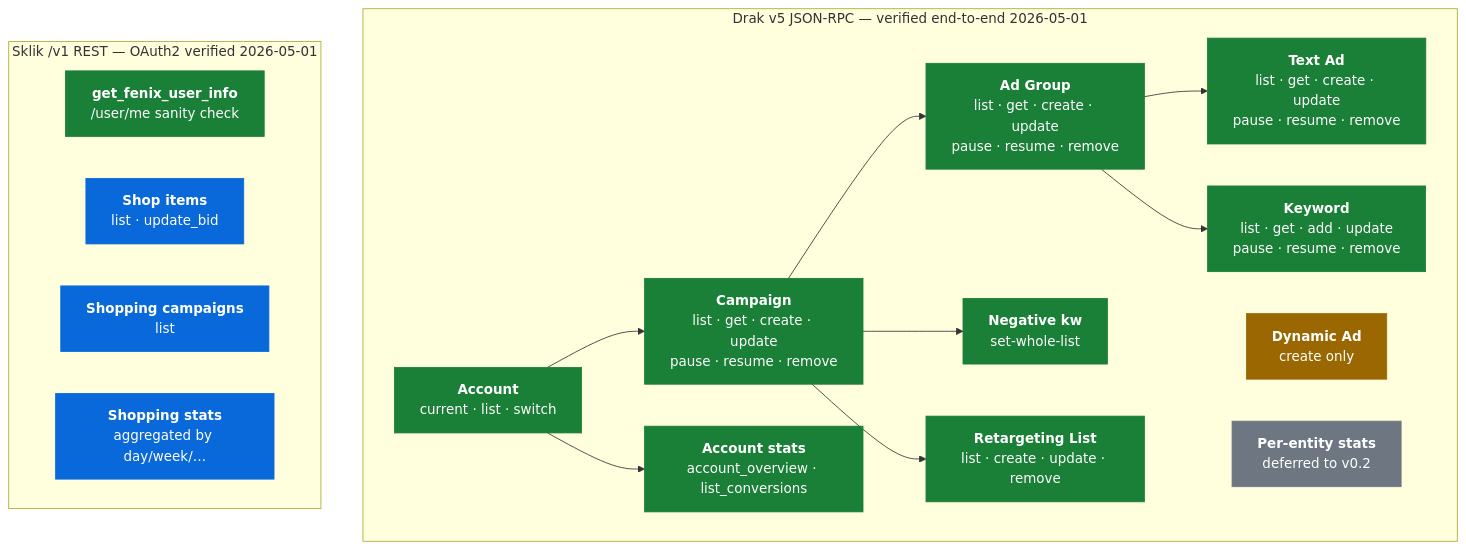
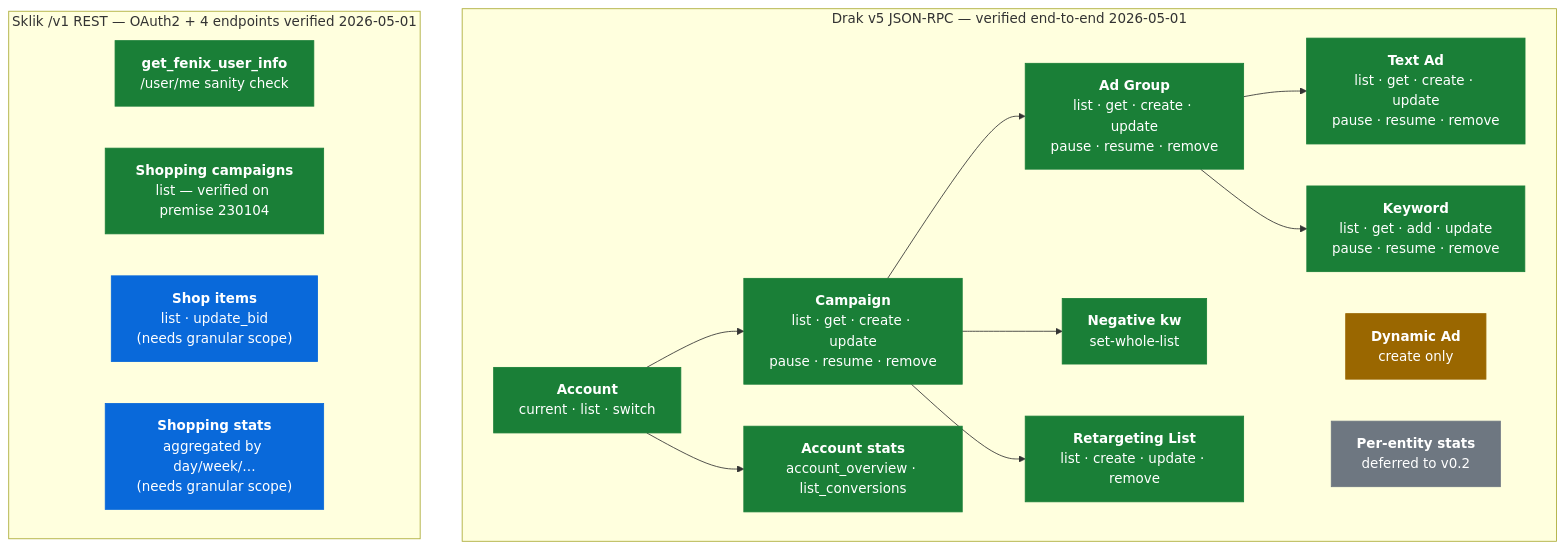
Before and after one commit to larsdittinger/seznam-ads-mcp: the diagram in README.md, drawn with Mermaid. The commit also changed other lines of this file and 1 other file, not shown here.

Commit message:
Live-verify Fénix /nakupy/feeds/ and /nakupy/campaigns/ on premise 230104
Smoked the FenixClient against a real provozovna (ethia.cz, premise
230104, owned by dittingerlars@email.cz):

- /user/me ✓ — userId 1046889, scope ["campaign","group"]
- /user/me/credit ✓ — wallet/credit returned
- /sklik/reports/ ✓ — empty (no async reports yet)
- /nakupy/feeds/ ✓ — single feed for ethia.cz, lastImport 2026-05-01
- /nakupy/campaigns/ ✓ — 1 active shopping campaign 7415690

The other /nakupy/* endpoints (shop-items, products, categories,
statistics/aggregated) returned 403 Forbidden. The token's OAuth
`scope` claim was `r rw rwa` and /user/me reported scope=
["campaign","group"], so Sklik clearly gates these resources behind a
granular *resource* scope that has to be granted at refresh-token
generation time. Implementation still matches the published OpenAPI
spec; tools will work once a token with the right scope is supplied.

````diff
--- a/README.md
+++ b/README.md
@@ -137,35 +137,35 @@
 ```mermaid
 graph TB
     subgraph Drak["Drak v5 JSON-RPC — verified end-to-end 2026-05-01"]
         ACC["<b>Account</b><br/>current · list · switch"]:::ok
         CMP["<b>Campaign</b><br/>list · get · create · update<br/>pause · resume · remove"]:::ok
         GRP["<b>Ad Group</b><br/>list · get · create · update<br/>pause · resume · remove"]:::ok
         AD["<b>Text Ad</b><br/>list · get · create · update<br/>pause · resume · remove"]:::ok
         KW["<b>Keyword</b><br/>list · get · add · update<br/>pause · resume · remove"]:::ok
         NK["<b>Negative kw</b><br/>set-whole-list"]:::ok
         RT["<b>Retargeting List</b><br/>list · create · update · remove"]:::ok
         OVW["<b>Account stats</b><br/>account_overview · list_conversions"]:::ok
         DYN["<b>Dynamic Ad</b><br/>create only"]:::warn
         PER["<b>Per-entity stats</b><br/>deferred to v0.2"]:::pending
 
         ACC --> CMP
         CMP --> GRP
         GRP --> AD
         GRP --> KW
         CMP --> NK
         CMP --> RT
         ACC --> OVW
     end
 
-    subgraph Fenix["Sklik /v1 REST — OAuth2 verified 2026-05-01"]
+    subgraph Fenix["Sklik /v1 REST — OAuth2 + 4 endpoints verified 2026-05-01"]
         WHO["<b>get_fenix_user_info</b><br/>/user/me sanity check"]:::ok
-        SHO["<b>Shop items</b><br/>list · update_bid"]:::wired
-        SCA["<b>Shopping campaigns</b><br/>list"]:::wired
-        SST["<b>Shopping stats</b><br/>aggregated by day/week/…"]:::wired
+        SCA["<b>Shopping campaigns</b><br/>list — verified on premise 230104"]:::ok
+        SHO["<b>Shop items</b><br/>list · update_bid<br/>(needs granular scope)"]:::wired
+        SST["<b>Shopping stats</b><br/>aggregated by day/week/…<br/>(needs granular scope)"]:::wired
     end
 
     classDef ok fill:#1a7f37,stroke:#1a7f37,color:#fff
     classDef warn fill:#9a6700,stroke:#9a6700,color:#fff
     classDef pending fill:#6e7781,stroke:#6e7781,color:#fff
     classDef wired fill:#0969da,stroke:#0969da,color:#fff
 ```
````
